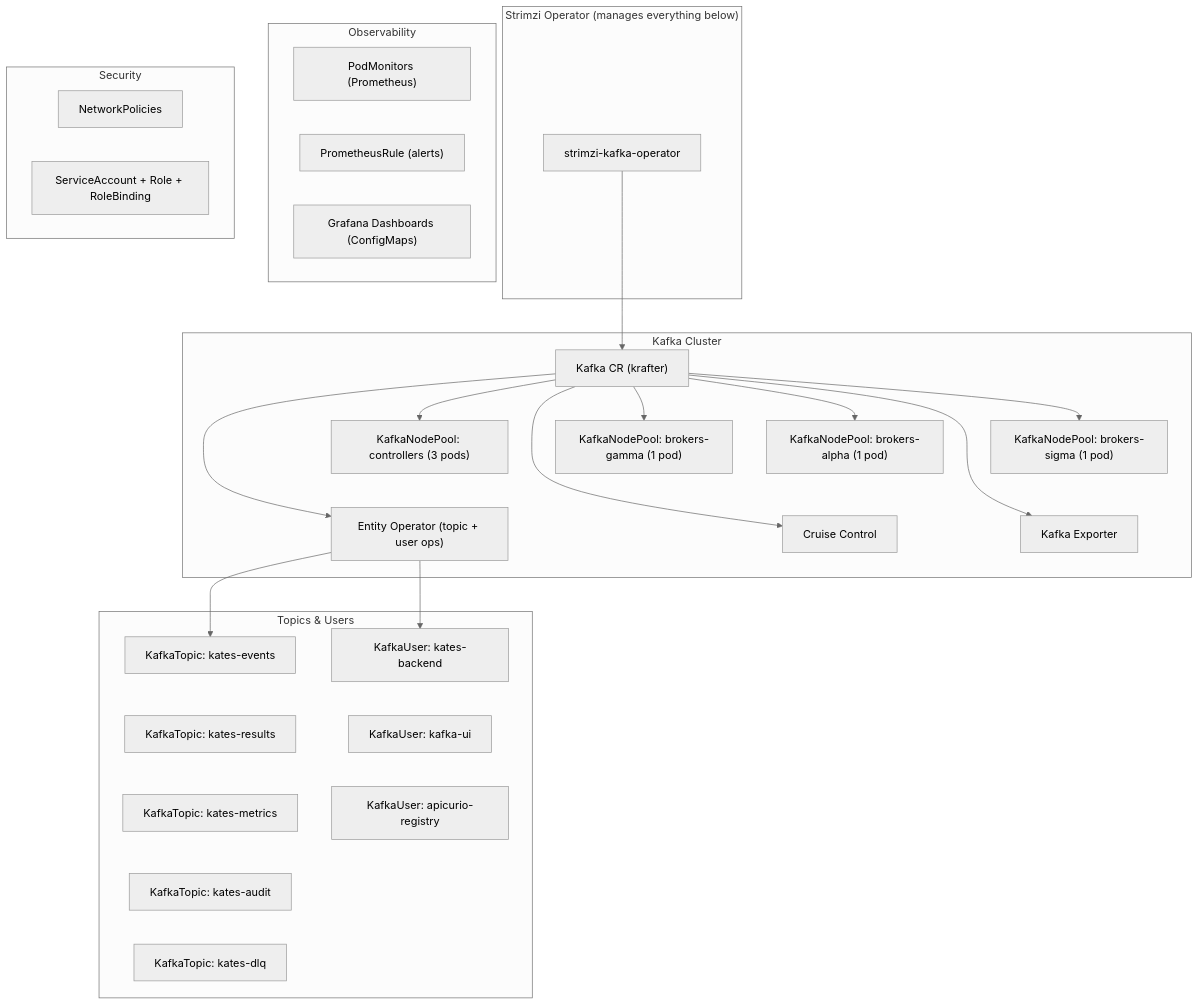
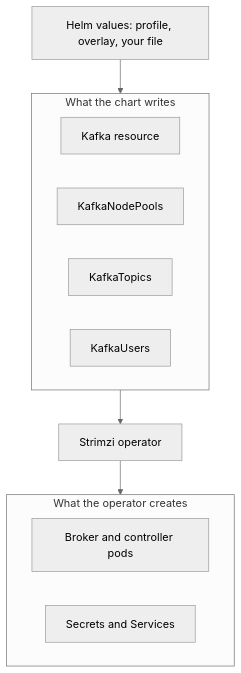
One commit to bmscomp/kates changed the first of 4 diagrams in docs/book/20-installation-guide.md. Above: the diagram before and after it, drawn with Mermaid (neutral theme). The commit also changed other lines of this file and 52 other files, not shown here.

````diff
--- a/docs/book/20-installation-guide.md
+++ b/docs/book/20-installation-guide.md
@@ -166,59 +20,23 @@
 ```mermaid
 %%| label: fig-install-chart-deployed-resources
-%%| fig-cap: "Kubernetes custom resources, observability objects, and security policies created by the kafka-cluster Helm chart and reconciled by the Strimzi Operator."
-%%| fig-alt: "Diagram showing the strimzi-kafka-operator managing the Kafka Cluster group (Kafka CR krafter, KafkaNodePool controllers with 3 pods, KafkaNodePools brokers-alpha, brokers-sigma, and brokers-gamma with 1 pod each, Entity Operator, Cruise Control, and Kafka Exporter), which in turn reconciles Topics & Users (KafkaTopics kates-events, kates-results, kates-metrics, kates-audit, kates-dlq and KafkaUsers kates-backend, kafka-ui, apicurio-registry), alongside Observability (PodMonitors, PrometheusRule alerts, Grafana Dashboards) and Security (NetworkPolicies, ServiceAccount + Role + RoleBinding)."
-graph TD
-    subgraph "Strimzi Operator (manages everything below)"
-        OP["strimzi-kafka-operator"]
+%%| fig-cap: "Helm writes custom resources; the Strimzi operator turns them into pods, Secrets and Services."
+%%| fig-alt: "Flow from the Helm values to four Strimzi custom resources, the Kafka resource, the KafkaNodePools, the KafkaTopics and the KafkaUsers, then through the Strimzi operator to the running broker and controller pods, Secrets and Services."
+flowchart TB
+    V["Helm values: profile, overlay, your file"]
+    subgraph Chart["What the chart writes"]
+        direction LR
+        K["Kafka resource"]
+        NP["KafkaNodePools"]
+        T["KafkaTopics"]
+        U["KafkaUsers"]
     end
-
-    subgraph "Kafka Cluster"
-        KC["Kafka CR (krafter)"]
-        CP["KafkaNodePool: controllers (3 pods)"]
-        BP1["KafkaNodePool: brokers-alpha (1 pod)"]
-        BP2["KafkaNodePool: brokers-sigma (1 pod)"]
-        BP3["KafkaNodePool: brokers-gamma (1 pod)"]
-        EO["Entity Operator (topic + user ops)"]
-        CC["Cruise Control"]
-        KE["Kafka Exporter"]
+    OP["Strimzi operator"]
+    subgraph Out["What the operator creates"]
+        direction LR
+        P["Broker and controller pods"]
+        S["Secrets and Services"]
     end
-
-    subgraph "Topics & Users"
-        T1["KafkaTopic: kates-events"]
-        T2["KafkaTopic: kates-results"]
-        T3["KafkaTopic: kates-metrics"]
-        T4["KafkaTopic: kates-audit"]
-        T5["KafkaTopic: kates-dlq"]
-        U1["KafkaUser: kates-backend"]
-        U2["KafkaUser: kafka-ui"]
-        U3["KafkaUser: apicurio-registry"]
-    end
-
-    subgraph "Observability"
-        PM["PodMonitors (Prometheus)"]
-        AR["PrometheusRule (alerts)"]
-        GD["Grafana Dashboards (ConfigMaps)"]
-    end
-
-    subgraph "Security"
-        NP["NetworkPolicies"]
-        RBAC["ServiceAccount + Role + RoleBinding"]
-    end
-
-    OP --> KC
-    KC --> CP
-    KC --> BP1
-    KC --> BP2
-    KC --> BP3
-    KC --> EO
-    KC --> CC
-    KC --> KE
-    EO --> T1
-    EO --> U1
-
-    CP ~~~ EO
-    BP1 ~~~ CC
-    BP2 ~~~ KE
-    T1 ~~~ T2 ~~~ T3 ~~~ T4 ~~~ T5
-    U1 ~~~ U2 ~~~ U3
+    V --> Chart
+    Chart --> OP
+    OP --> Out
 ```
````
